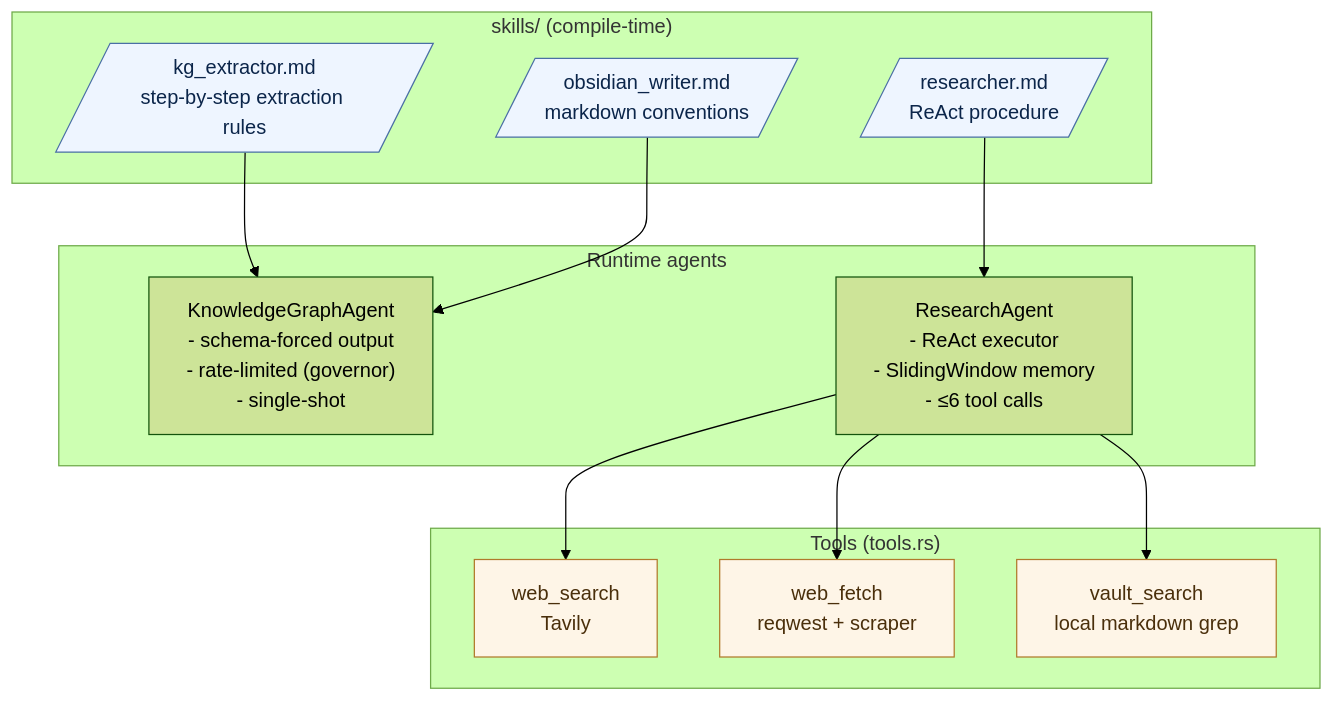
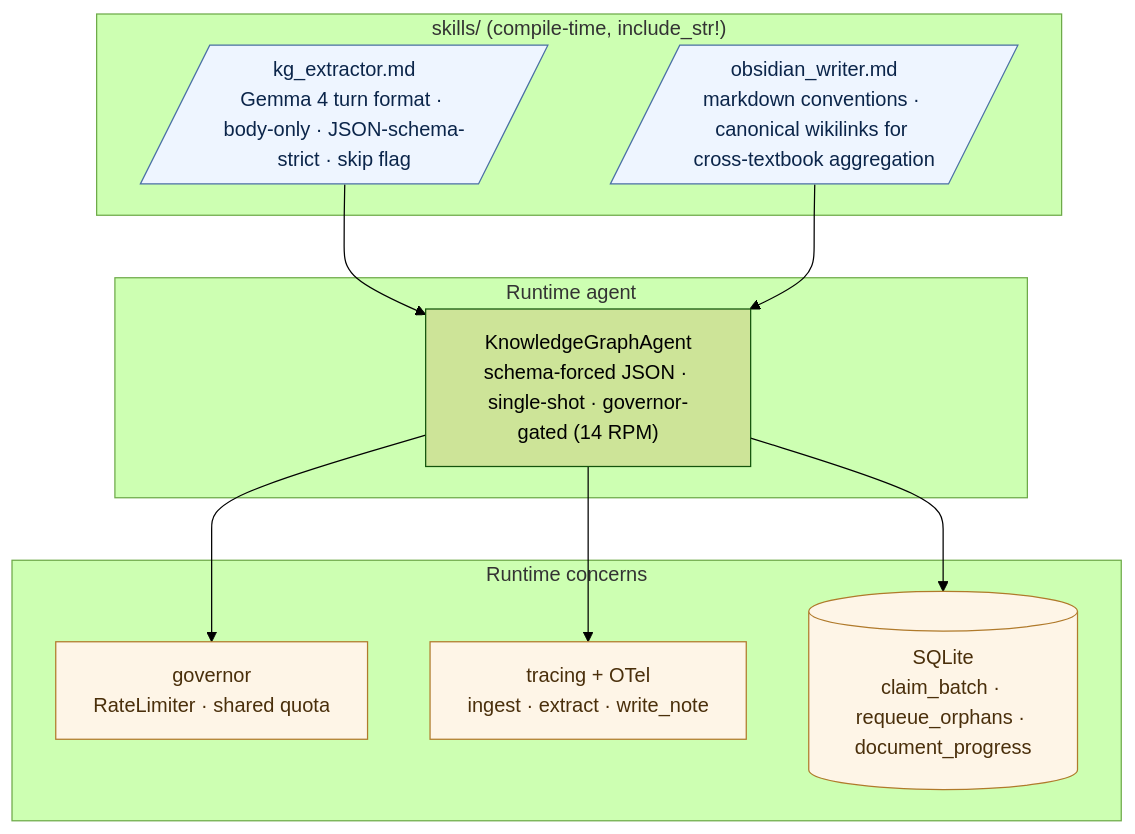
One commit to Rah-Rah-Mitra/Information-Lab changed the third of 4 diagrams in README.md. Above: the diagram before and after it, drawn with Mermaid (forest theme). The commit also changed other lines of this file and 15 other files, not shown here.

````diff
--- a/README.md
+++ b/README.md
@@ -101,32 +88,28 @@
 ```mermaid
 flowchart TB
-    subgraph SKILLS["skills/ (compile-time)"]
-        S1[/"kg_extractor.md<br/>step-by-step extraction rules"/]
-        S2[/"obsidian_writer.md<br/>markdown conventions"/]
-        S3[/"researcher.md<br/>ReAct procedure"/]
+    subgraph SKILLS["skills/ (compile-time, include_str!)"]
+        S1[/"kg_extractor.md<br/>Gemma 4 turn format · body-only · JSON-schema-strict · skip flag"/]
+        S2[/"obsidian_writer.md<br/>markdown conventions · canonical wikilinks for cross-textbook aggregation"/]
     end
 
-    subgraph AGENTS["Runtime agents"]
-        A1["KnowledgeGraphAgent<br/>- schema-forced output<br/>- rate-limited (governor)<br/>- single-shot"]
-        A2["ResearchAgent<br/>- ReAct executor<br/>- SlidingWindow memory<br/>- ≤6 tool calls"]
+    subgraph AGENT["Runtime agent"]
+        A1["KnowledgeGraphAgent<br/>schema-forced JSON · single-shot · governor-gated (14 RPM)"]
     end
 
-    subgraph TOOLS["Tools (tools.rs)"]
-        T1["web_search<br/>Tavily"]
-        T2["web_fetch<br/>reqwest + scraper"]
-        T3["vault_search<br/>local markdown grep"]
+    subgraph RUNTIME["Runtime concerns"]
+        G["governor<br/>RateLimiter · shared quota"]
+        OT["tracing + OTel<br/>ingest · extract · write_note"]
+        DBX[(SQLite<br/>claim_batch · requeue_orphans · document_progress)]
     end
 
     S1 --> A1
     S2 --> A1
-    S3 --> A2
-
-    A2 --> T1
-    A2 --> T2
-    A2 --> T3
+    A1 --> G
+    A1 --> OT
+    A1 --> DBX
 
     classDef skill fill:#eef5ff,stroke:#4a6fa5,color:#0b254a
-    classDef tool fill:#fef5e7,stroke:#b07a2b,color:#4a2f0b
-    class S1,S2,S3 skill
-    class T1,T2,T3 tool
+    classDef rt fill:#fef5e7,stroke:#b07a2b,color:#4a2f0b
+    class S1,S2 skill
+    class G,OT,DBX rt
 ```
````
